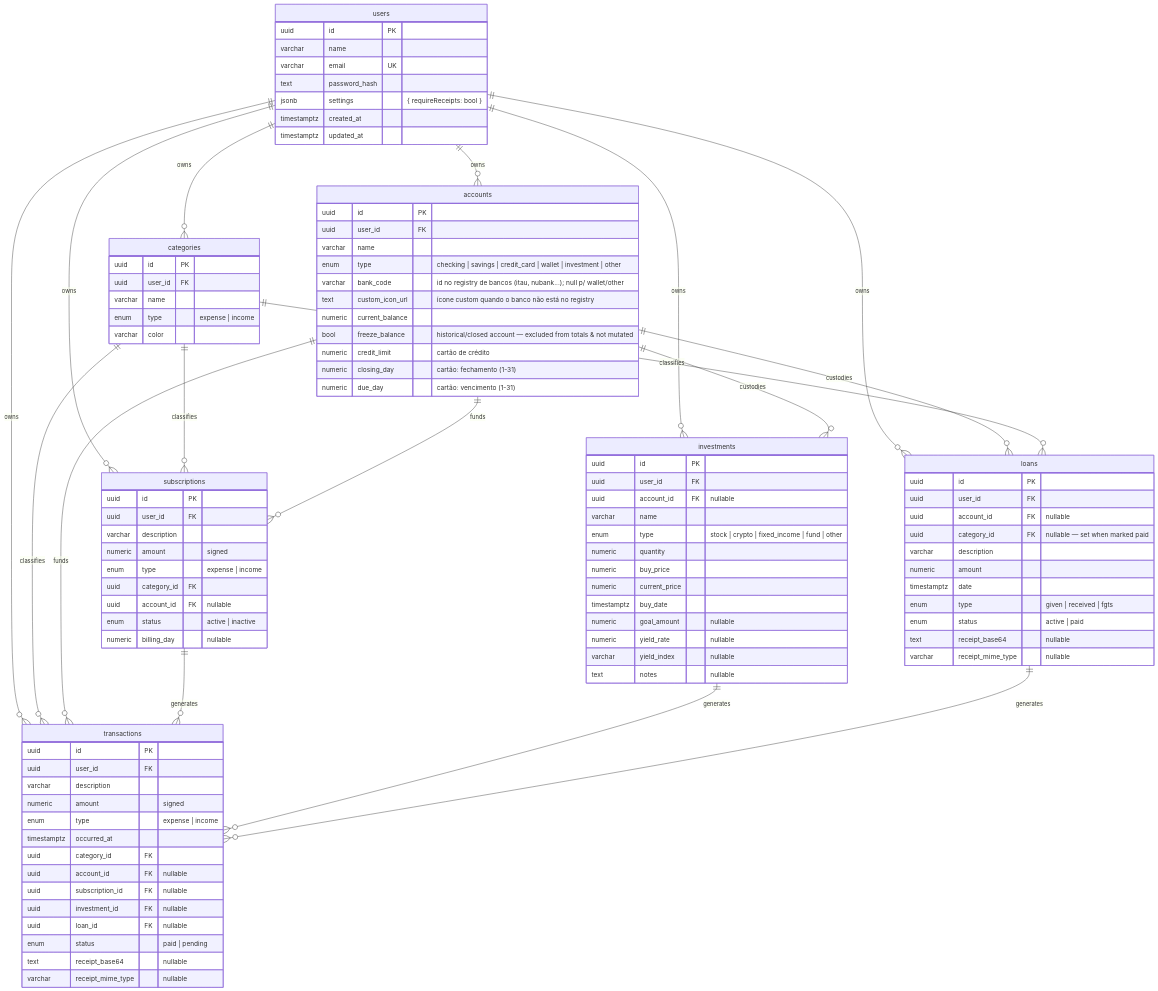
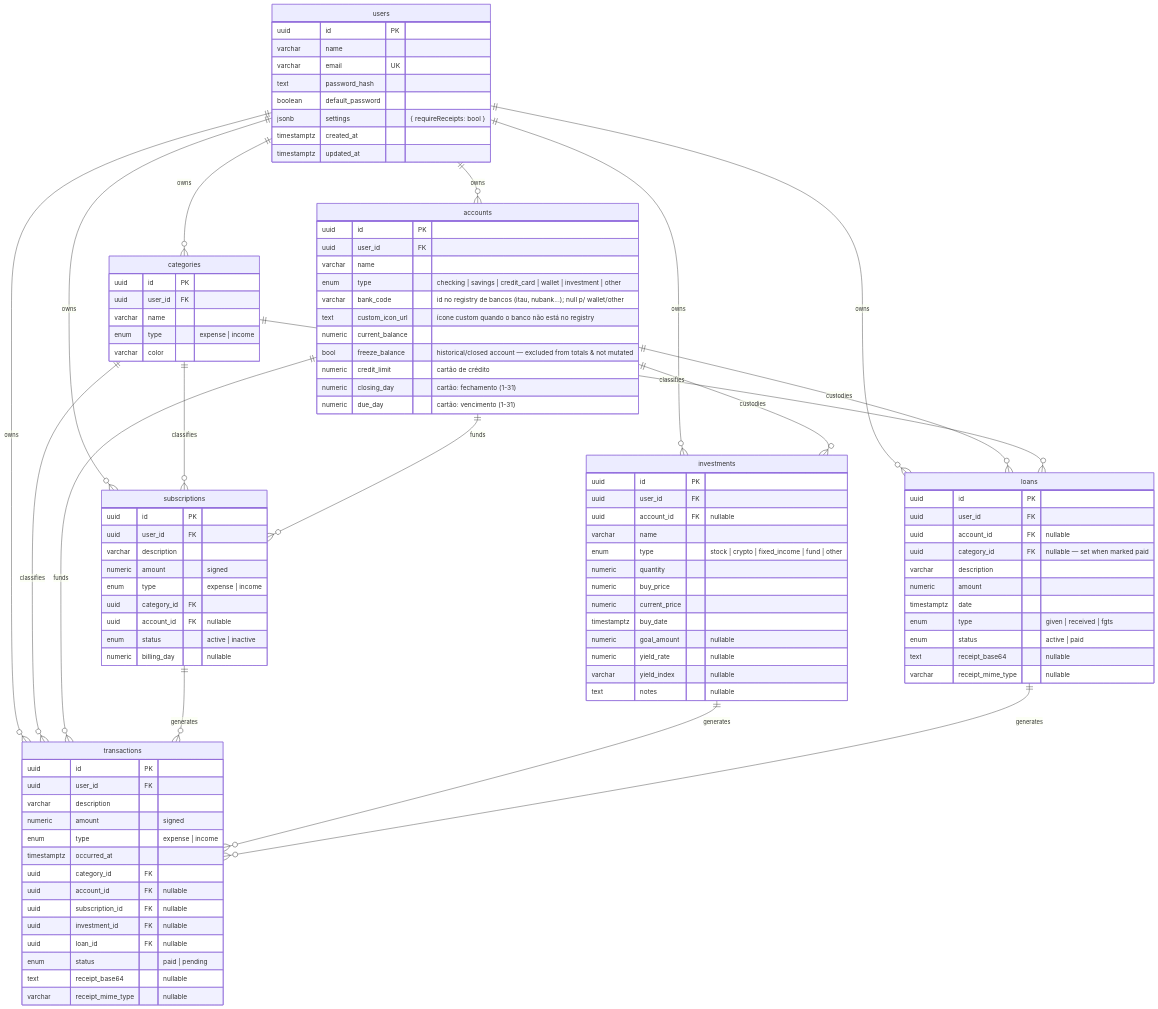
The diagram in AI_context/data-model.md (moablive/LBS_MoneyAPP), drawn with Mermaid before and after one commit. The commit also changed 13 other files, not shown here.

```diff
--- a/AI_context/data-model.md
+++ b/AI_context/data-model.md
@@ -29,6 +29,7 @@
     varchar name
     varchar email UK
     text password_hash
+    boolean default_password
     jsonb settings "{ requireReceipts: bool }"
     timestamptz created_at
     timestamptz updated_at
```
